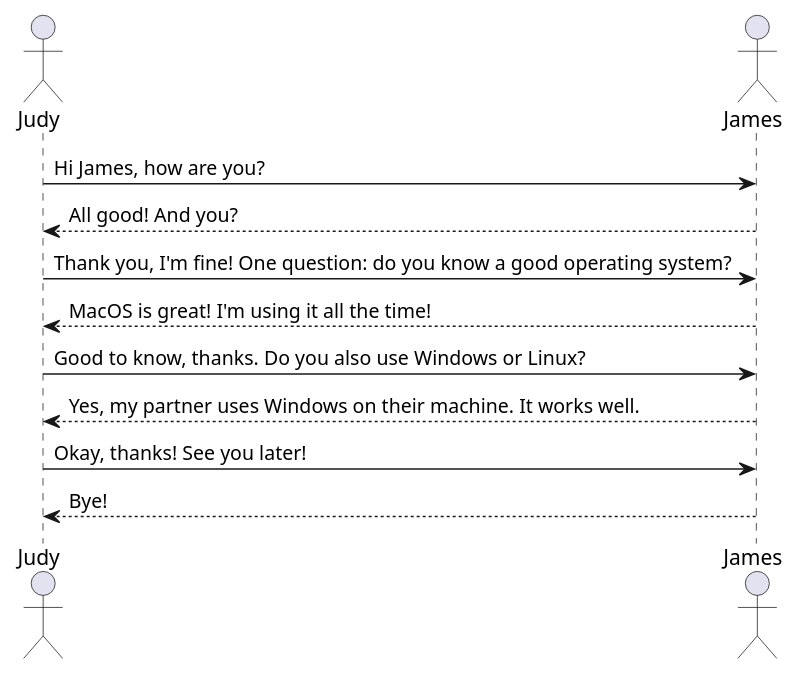
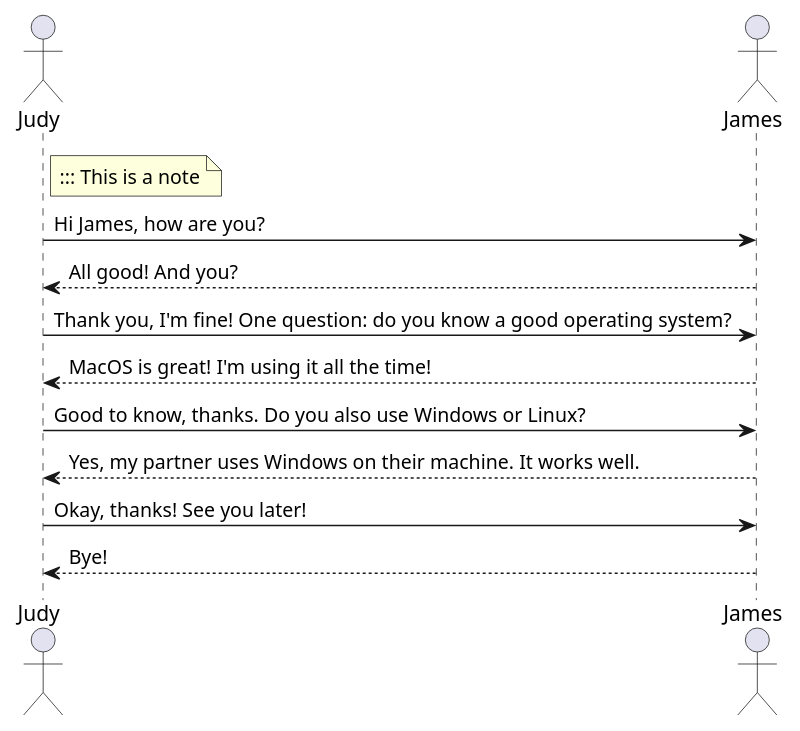
The diagram in assets/workspace-test/test2.puml (harcomaase/lsp-gpt), drawn with PlantUML before and after one commit. The commit also changed 5 other files, not shown here.

```diff
--- a/assets/workspace-test/test2.puml
+++ b/assets/workspace-test/test2.puml
@@ -1,15 +1,16 @@
 @startuml test document number 2
 
 actor a as "Judy"
 actor b as "James"
 
+note right of a :::: This is a note
 a -> b : Hi James, how are you?
 b --> a : All good! And you?
 a -> b : Thank you, I'm fine! One question: do you know a good operating system?
 b --> a : MacOS is great! I'm using it all the time!
 a -> b : Good to know, thanks. Do you also use Windows or Linux?
 b --> a : Yes, my partner uses Windows on their machine. It works well.
 a -> b : Okay, thanks! See you later!
 b --> a : Bye!
 
 @enduml
```
